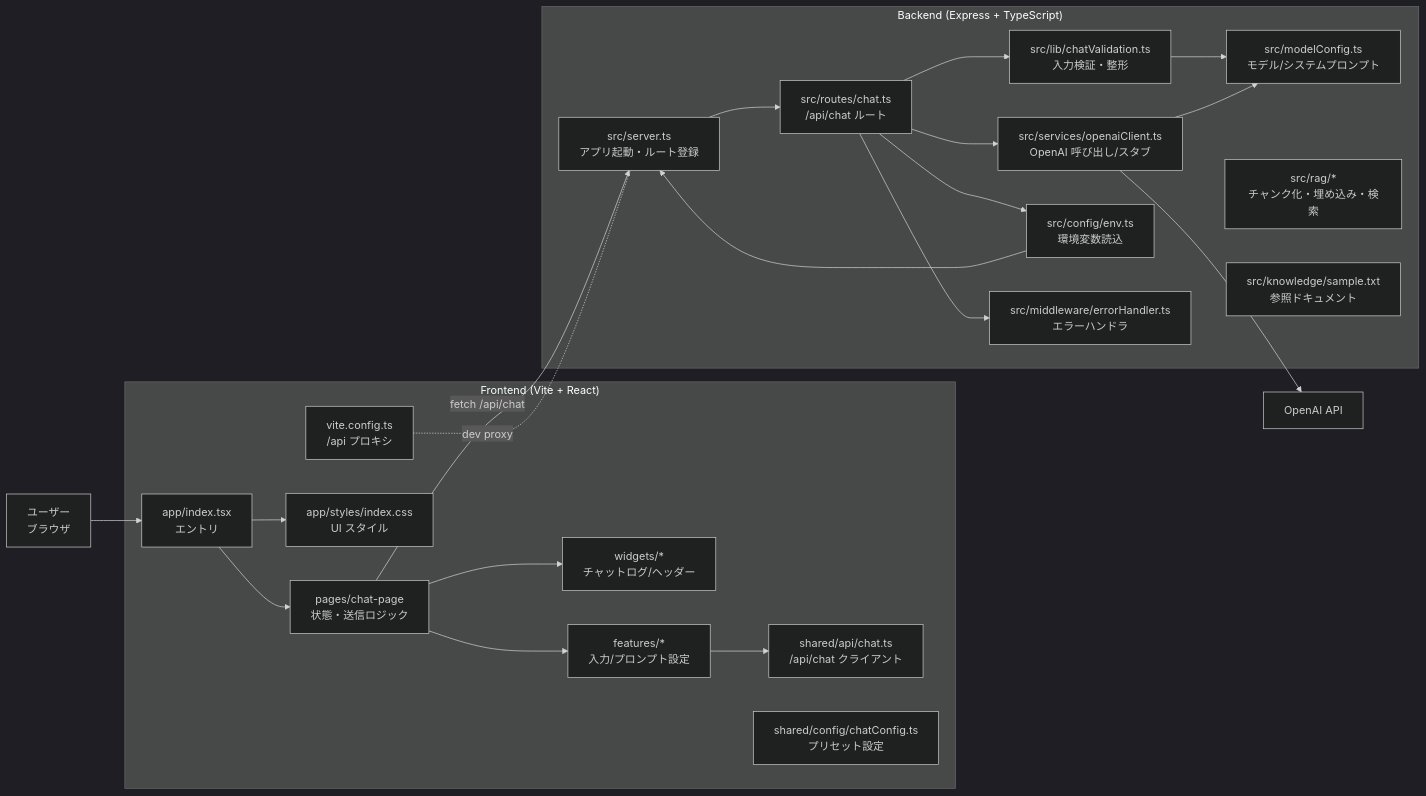
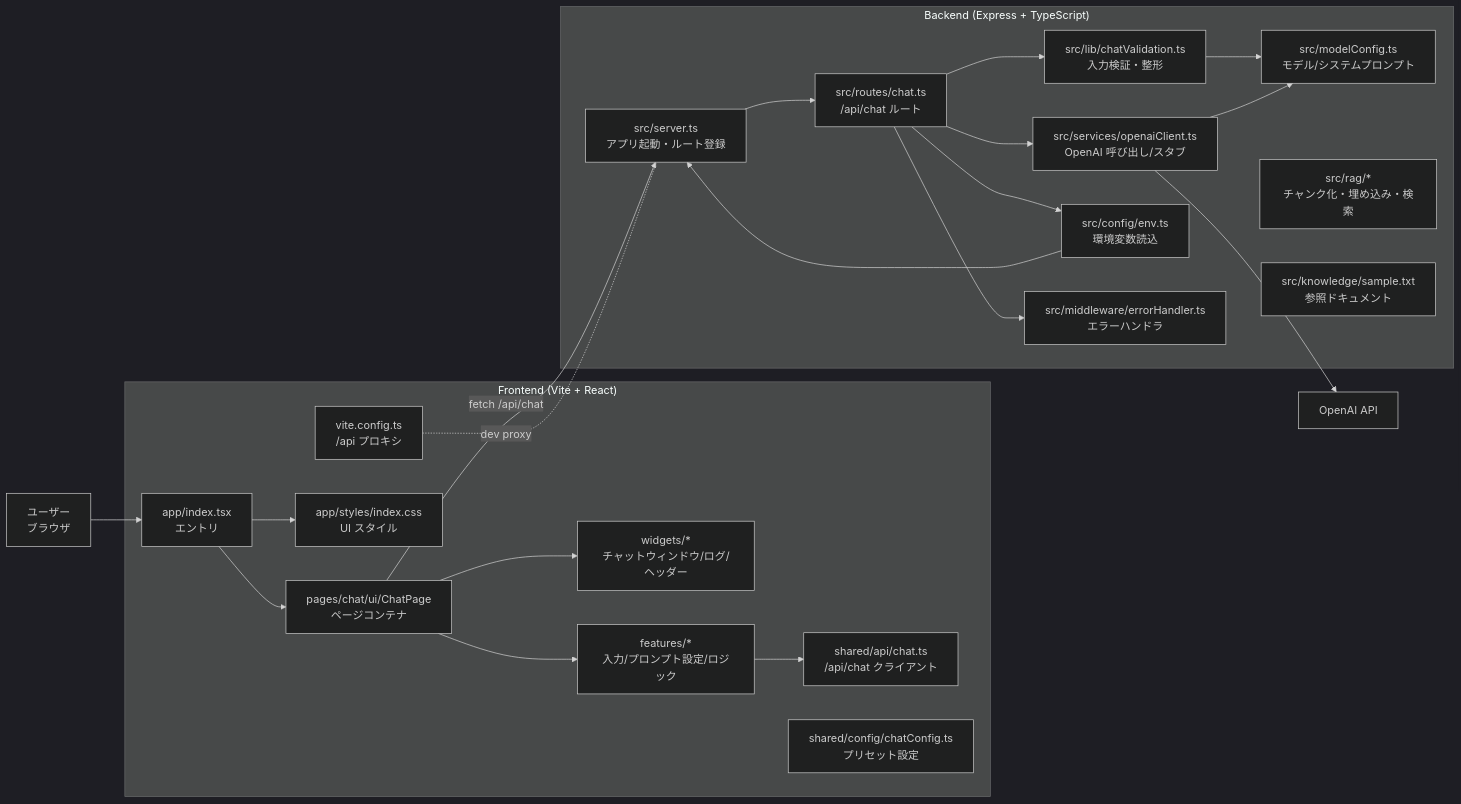
One commit to akihiro4321/llm-playground changed the diagram in README.md. Above: the diagram before and after it, drawn with Mermaid (dark theme). The commit also changed other lines of this file and 10 other files, not shown here.

````diff
--- a/README.md
+++ b/README.md
@@ -72,46 +74,46 @@
 ```mermaid
 flowchart LR
   subgraph Frontend["Frontend (Vite + React)"]
     AppEntry["app/index.tsx<br/>エントリ"]
-    ChatPage["pages/chat-page<br/>状態・送信ロジック"]
-    Widgets["widgets/*<br/>チャットログ/ヘッダー"]
-    Features["features/*<br/>入力/プロンプト設定"]
+    ChatPage["pages/chat/ui/ChatPage<br/>ページコンテナ"]
+    Widgets["widgets/*<br/>チャットウィンドウ/ログ/ヘッダー"]
+    Features["features/*<br/>入力/プロンプト設定/ロジック"]
     SharedApi["shared/api/chat.ts<br/>/api/chat クライアント"]
     SharedCfg["shared/config/chatConfig.ts<br/>プリセット設定"]
     Styles["app/styles/index.css<br/>UI スタイル"]
     ConfigFE["vite.config.ts<br/>/api プロキシ"]
   end
 
   subgraph Backend["Backend (Express + TypeScript)"]
     Server["src/server.ts<br/>アプリ起動・ルート登録"]
     Routes["src/routes/chat.ts<br/>/api/chat ルート"]
     Validation["src/lib/chatValidation.ts<br/>入力検証・整形"]
     OpenAI["src/services/openaiClient.ts<br/>OpenAI 呼び出し/スタブ"]
     Env["src/config/env.ts<br/>環境変数読込"]
     ErrorMW["src/middleware/errorHandler.ts<br/>エラーハンドラ"]
     ModelCfg["src/modelConfig.ts<br/>モデル/システムプロンプト"]
     RAG["src/rag/*<br/>チャンク化・埋め込み・検索"]
     Knowledge["src/knowledge/sample.txt<br/>参照ドキュメント"]
   end
 
   User["ユーザー<br/>ブラウザ"]
   OpenAISDK["OpenAI API"]
 
   User --> AppEntry
   AppEntry --> ChatPage
   ChatPage --> Features
   Features --> SharedApi
   ChatPage --> Widgets
   AppEntry --> Styles
   ChatPage -- fetch /api/chat --> Server
   ConfigFE -. dev proxy .- Server
   Server --> Routes
   Routes --> Validation
   Routes --> OpenAI
   Routes --> ErrorMW
   Validation --> ModelCfg
   OpenAI --> ModelCfg
   Env --> Server
   Routes --> Env
   OpenAI --> OpenAISDK
 ```
````
